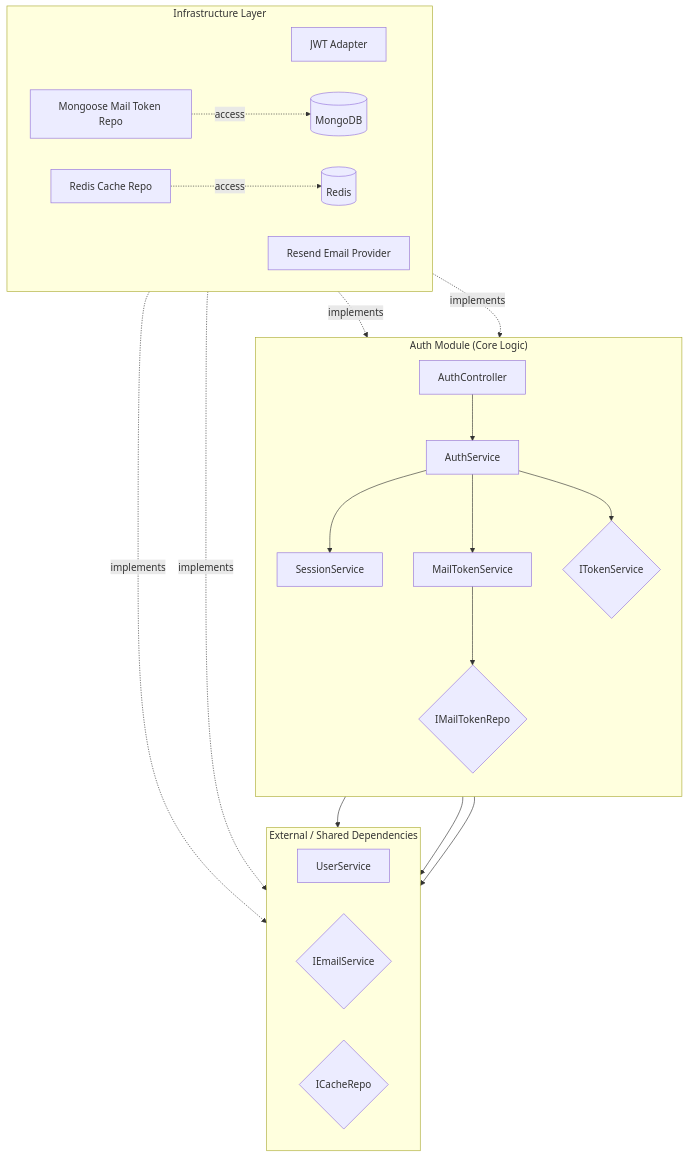
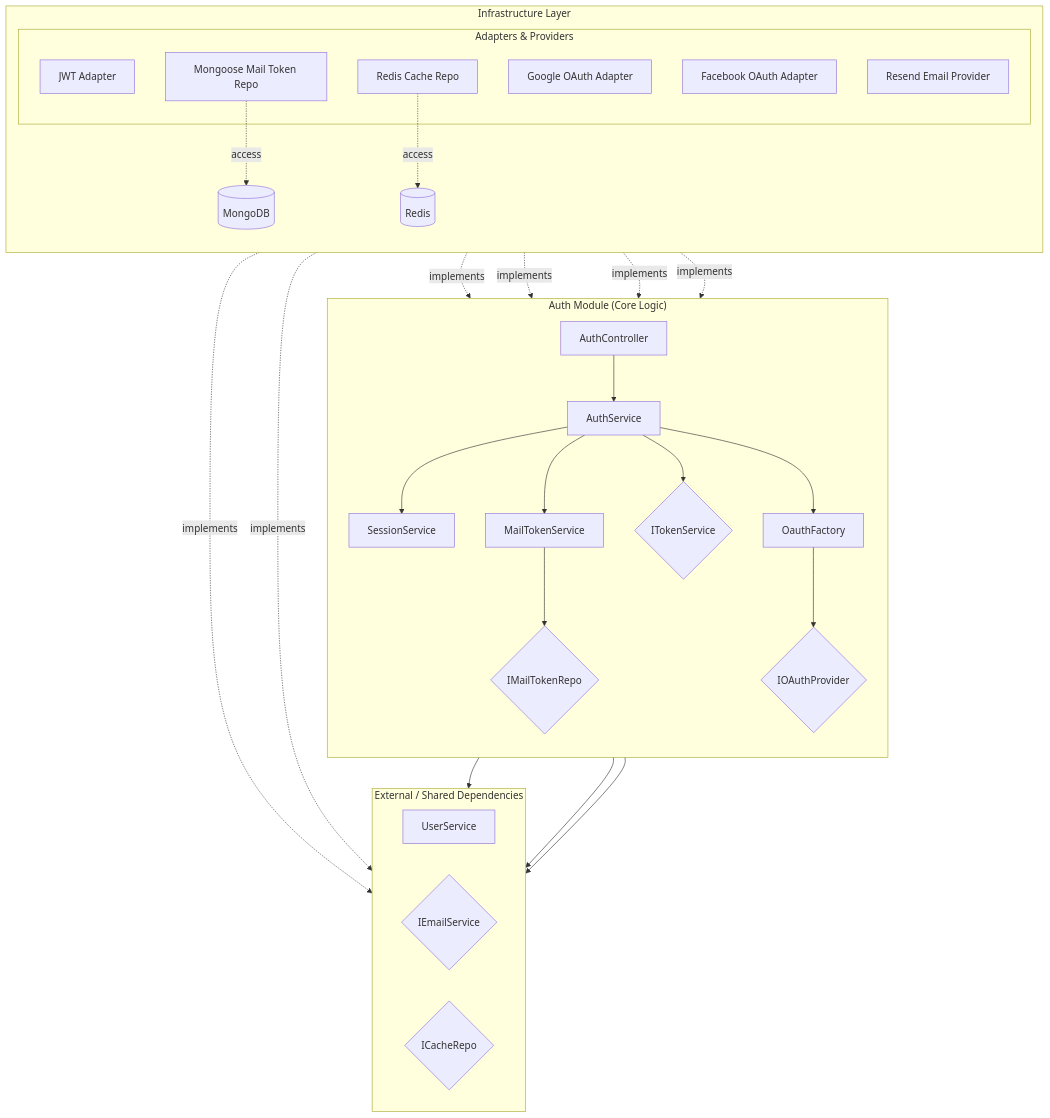
Before and after one commit to SangHynh/atomecom: the first of 8 diagrams in server/src/modules/auth/README.md, drawn with Mermaid. The commit also changed other lines of this file and 1 other file, not shown here.

````diff
--- a/server/src/modules/auth/README.md
+++ b/server/src/modules/auth/README.md
@@ -41,51 +45,61 @@
 ```mermaid
 flowchart TD
     subgraph Core["Auth Module (Core Logic)"]
         direction TB
         AC[AuthController]
         AS[AuthService]
         SS[SessionService]
         MTS[MailTokenService]
+        OF[OauthFactory]
+        IOP{IOAuthProvider}
         ITK{ITokenService}
         IMR{IMailTokenRepo}
     end
 
     subgraph External["External / Shared Dependencies"]
         direction LR
         US[UserService]
         IES{IEmailService}
         ICR{ICacheRepo}
     end
 
     subgraph Infra["Infrastructure Layer"]
-        direction LR
-        JTA[JWT Adapter]
-        SMTP[Resend Email Provider]
-        MTR[Mongoose Mail Token Repo]
-        RCR[Redis Cache Repo]
+        direction TB
+        subgraph Adapters["Adapters & Providers"]
+            JTA[JWT Adapter]
+            GOA[Google OAuth Adapter]
+            FOA[Facebook OAuth Adapter]
+            SMTP[Resend Email Provider]
+            MTR[Mongoose Mail Token Repo]
+            RCR[Redis Cache Repo]
+        end
         DB[(MongoDB)]
         RD[(Redis)]
     end
 
     %% Main business flow
     AC --> AS
     AS --> SS
     AS --> MTS
     AS --> ITK
     AS --> US
+    AS --> OF
     
     %% Service usage
     SS --> ICR
     MTS --> IMR
     AS --> IES
+    OF --> IOP
 
     %% Dependency Inversion (Realization)
     JTA -. "implements" .-> ITK
     SMTP -. "implements" .-> IES
     MTR -. "implements" .-> IMR
     RCR -. "implements" .-> ICR
+    GOA -. "implements" .-> IOP
+    FOA -. "implements" .-> IOP
 
     %% External Data Access
     MTR -. "access" .-> DB
     RCR -. "access" .-> RD
 ```
````
